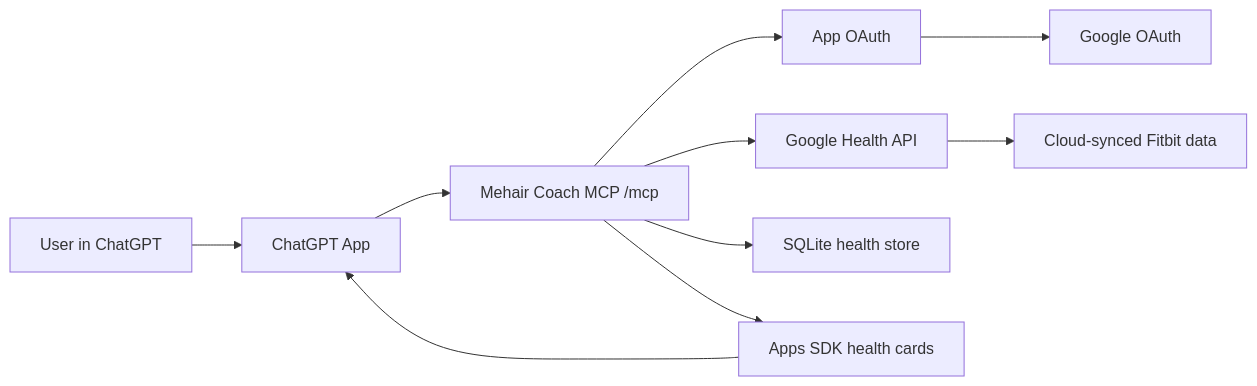
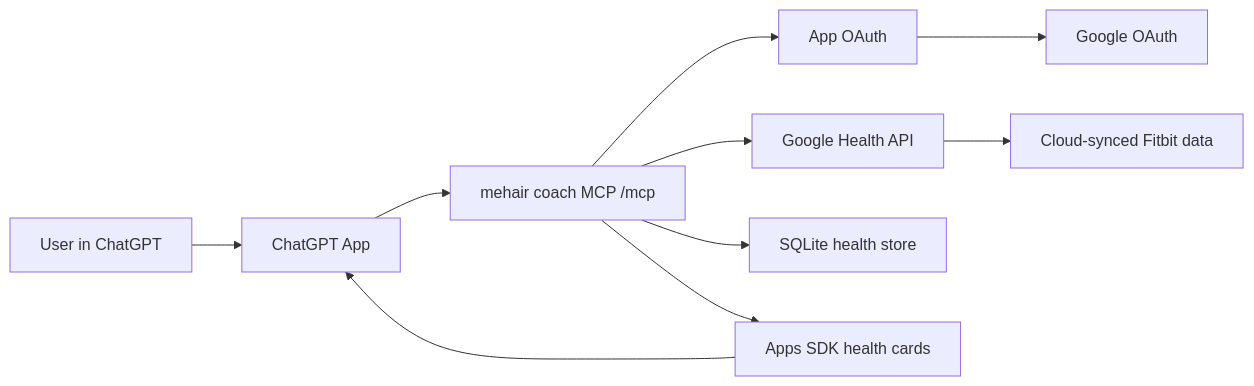
Before and after one commit to yash2998chhabria/mehair-coach: the diagram in README.md, drawn with Mermaid. The commit also changed other lines of this file and 14 other files, not shown here.

````diff
--- a/README.md
+++ b/README.md
@@ -63,12 +63,12 @@
 ```mermaid
 flowchart LR
   User["User in ChatGPT"] --> ChatGPT["ChatGPT App"]
-  ChatGPT --> MCP["Mehair Coach MCP /mcp"]
+  ChatGPT --> MCP["mehair coach MCP /mcp"]
   MCP --> OAuth["App OAuth"]
   OAuth --> Google["Google OAuth"]
   MCP --> Health["Google Health API"]
   Health --> Fitbit["Cloud-synced Fitbit data"]
   MCP --> Store["SQLite health store"]
   MCP --> Cards["Apps SDK health cards"]
   Cards --> ChatGPT
 ```
````
